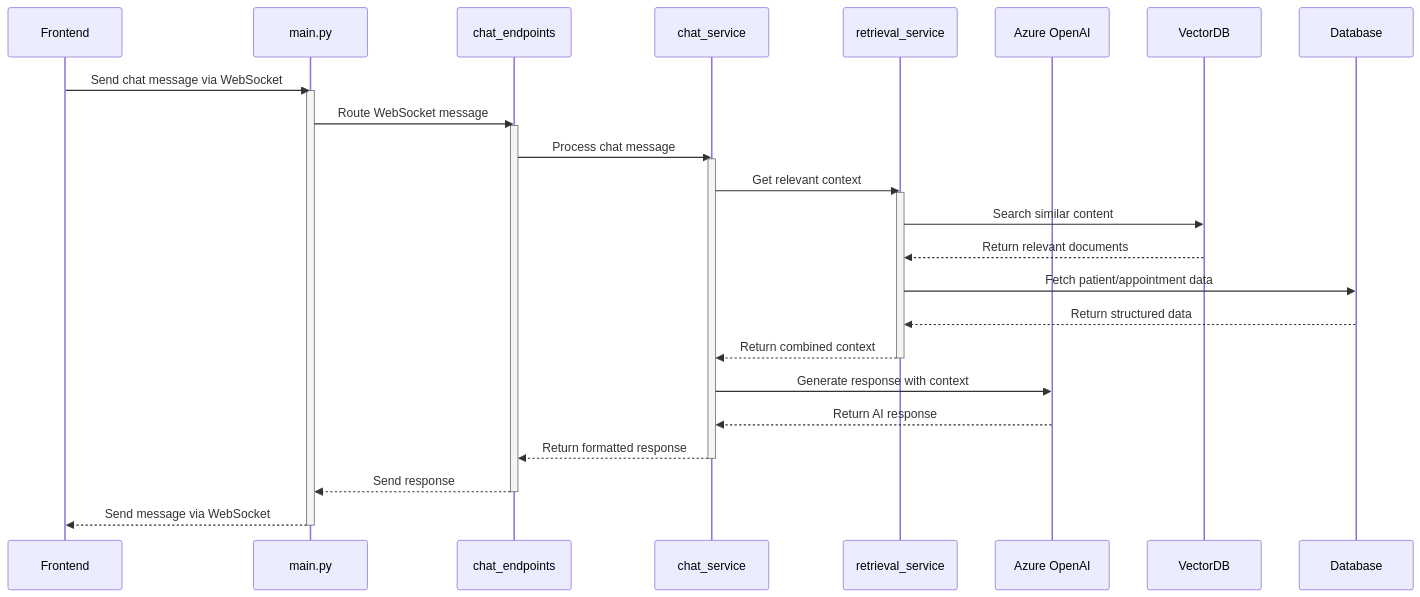
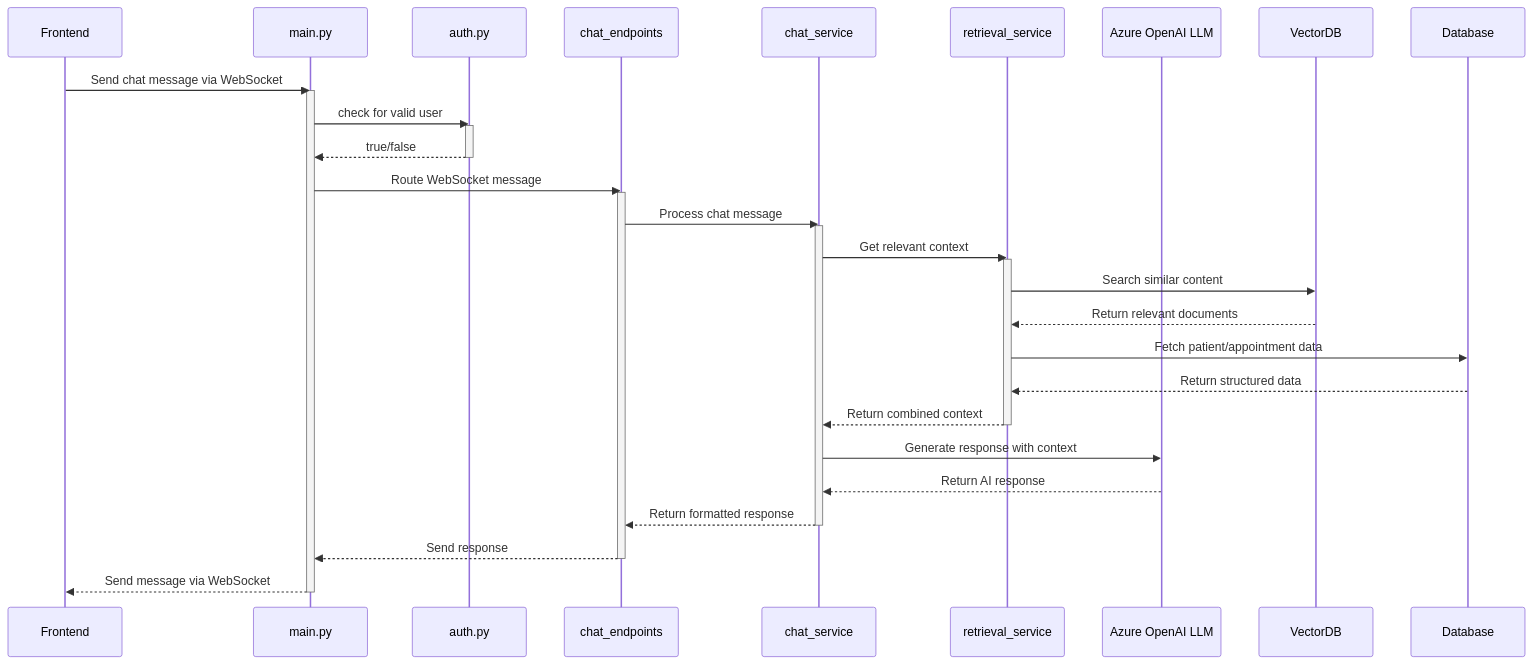
One commit to Deepta-Sunny/Doctor-Scheduling-Assitant-Chatbot changed the diagram in sequence_diagram.md. Above: the diagram before and after it, drawn with Mermaid. The commit also changed 3 other files, not shown here.

````diff
--- a/sequence_diagram.md
+++ b/sequence_diagram.md
@@ -5,44 +5,51 @@
 ```mermaid
 sequenceDiagram
     participant Frontend
     participant main.py
+    participant auth.py
     participant chat_endpoints
     participant chat_service
     participant retrieval_service
-    participant Azure OpenAI
+    participant Azure OpenAI LLM
     participant VectorDB
     participant Database
 
     Frontend->>main.py: Send chat message via WebSocket
     activate main.py
     
+    main.py->>auth.py: check for valid user
+    activate auth.py
+    auth.py-->>main.py: true/false
+    deactivate auth.py
+    
     main.py->>chat_endpoints: Route WebSocket message
     activate chat_endpoints
-    
+
     chat_endpoints->>chat_service: Process chat message
     activate chat_service
     
     chat_service->>retrieval_service: Get relevant context
     activate retrieval_service
     
     retrieval_service->>VectorDB: Search similar content
     VectorDB-->>retrieval_service: Return relevant documents
     
     retrieval_service->>Database: Fetch patient/appointment data
     Database-->>retrieval_service: Return structured data
     
     retrieval_service-->>chat_service: Return combined context
     deactivate retrieval_service
     
-    chat_service->>Azure OpenAI: Generate response with context
-    Azure OpenAI-->>chat_service: Return AI response
+    chat_service->>Azure OpenAI LLM: Generate response with context
+    Azure OpenAI LLM-->>chat_service: Return AI response
     
     chat_service-->>chat_endpoints: Return formatted response
     deactivate chat_service
     
     chat_endpoints-->>main.py: Send response
     deactivate chat_endpoints
     
     main.py-->>Frontend: Send message via WebSocket
     deactivate main.py
+
 ```
````
